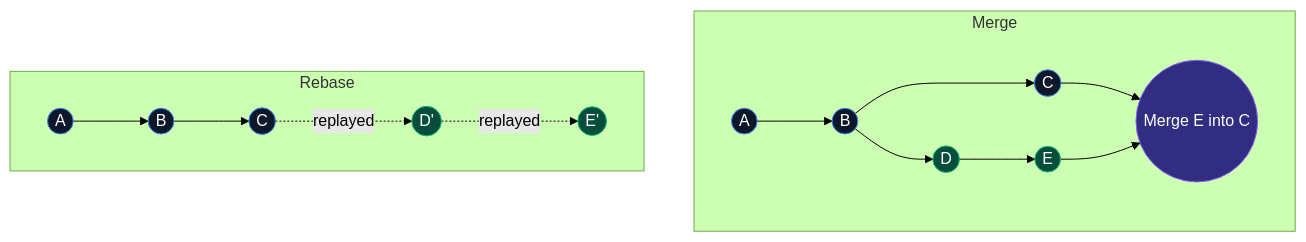
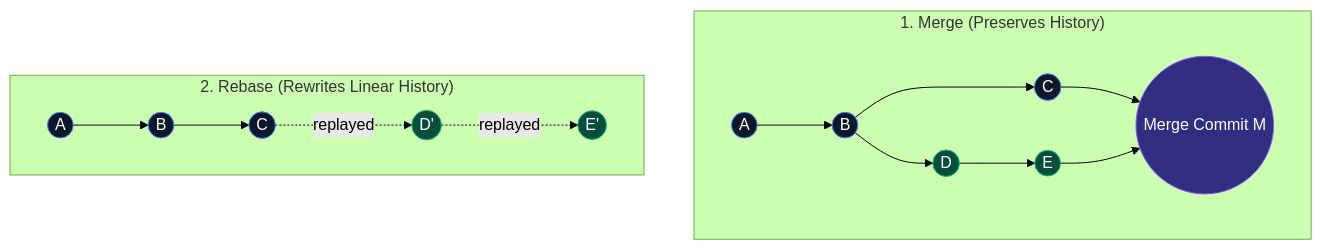
The sixth of 6 diagrams in content/roadmap/level-0/git-version-control.md (ravishankar2463/java_hub), drawn with Mermaid (forest theme) before and after one commit. The commit also changed other lines of this file, not shown here.

````diff
--- a/content/roadmap/level-0/git-version-control.md
+++ b/content/roadmap/level-0/git-version-control.md
@@ -117,27 +204,27 @@
 ```mermaid
 flowchart TD
-    subgraph Merge
+    subgraph MergeScenario ["1. Merge (Preserves History)"]
         M1((A)) --> M2((B)) --> M3((C))
         M2 --> M4((D)) --> M5((E))
-        M3 --> M6((Merge E into C))
+        M3 --> M6((Merge Commit M))
         M5 --> M6
     end
 
-    subgraph Rebase
+    subgraph RebaseScenario ["2. Rebase (Rewrites Linear History)"]
         R1((A)) --> R2((B)) --> R3((C))
         R3 -. replayed .-> R4((D')) -. replayed .-> R5((E'))
     end
-    
+
     style M1 fill:#0f172a,stroke:#3b82f6,color:#fff
     style M2 fill:#0f172a,stroke:#3b82f6,color:#fff
     style M3 fill:#0f172a,stroke:#3b82f6,color:#fff
     style M4 fill:#064e3b,stroke:#10b981,color:#fff
     style M5 fill:#064e3b,stroke:#10b981,color:#fff
     style M6 fill:#312e81,stroke:#8b5cf6,color:#fff
-    
+
     style R1 fill:#0f172a,stroke:#3b82f6,color:#fff
     style R2 fill:#0f172a,stroke:#3b82f6,color:#fff
     style R3 fill:#0f172a,stroke:#3b82f6,color:#fff
     style R4 fill:#064e3b,stroke:#10b981,color:#fff
     style R5 fill:#064e3b,stroke:#10b981,color:#fff
 ```
````
